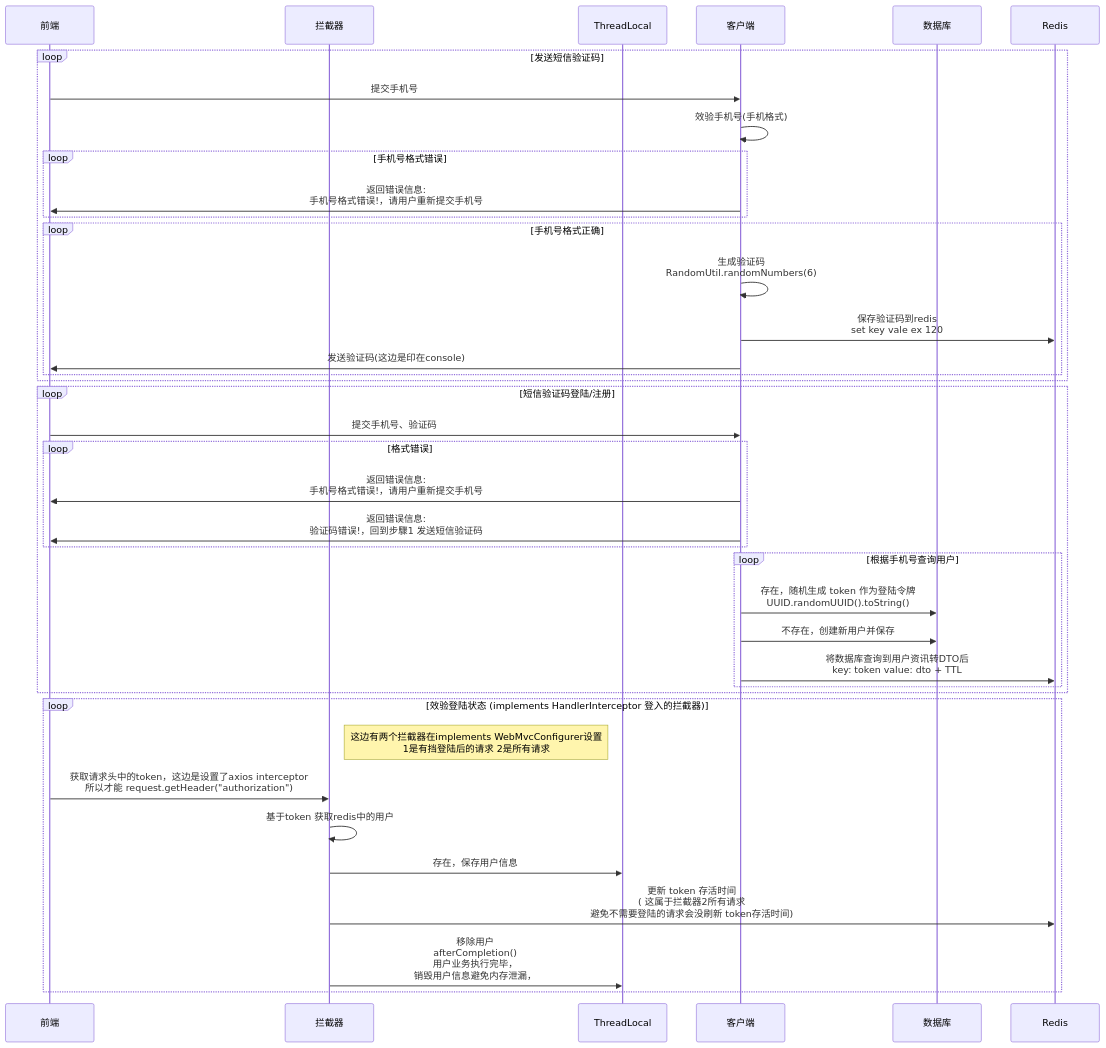
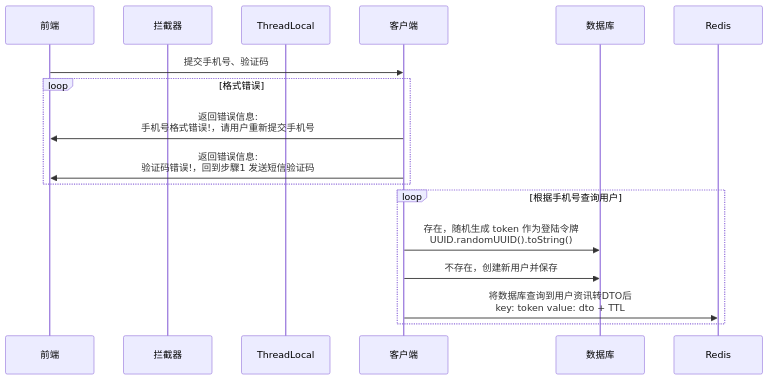
The second of 3 diagrams in README.md (feed981/e01), drawn with Mermaid before and after one commit. The commit also changed other lines of this file, not shown here.

````diff
--- a/README.md
+++ b/README.md
@@ -660,44 +683,20 @@
 ```mermaid
 sequenceDiagram
     participant 前端
     participant 拦截器
     participant ThreadLocal
     participant 客户端
     participant 数据库
     participant Redis
 
-    loop 发送短信验证码
-        前端->>客户端: 提交手机号
-        客户端->>客户端: 效验手机号(手机格式)
-        loop 手机号格式错误
-          客户端->>前端: 返回错误信息: <br>手机号格式错误!，请用户重新提交手机号
-        end
-        loop 手机号格式正确
-          客户端->>客户端: 生成验证码  <br>RandomUtil.randomNumbers(6)
-          客户端->>Redis: 保存验证码到redis <br>set key vale ex 120
-          客户端->>前端: 发送验证码(这边是印在console) 
-        end  
-    end
-
-    loop 短信验证码登陆/注册
       前端->>客户端: 提交手机号、验证码
       loop 格式错误
         客户端->>前端: 返回错误信息: <br>手机号格式错误!，请用户重新提交手机号
       客户端->>前端: 返回错误信息: <br>验证码错误!，回到步驟1 发送短信验证码
       end
       loop 根据手机号查询用户
         客户端->>数据库: 存在，随机生成 token 作为登陆令牌 <br>UUID.randomUUID().toString()
         客户端->>数据库: 不存在，创建新用户并保存
         客户端->>Redis: 将数据库查询到用户资讯转DTO后 <br>key: token value: dto + TTL
       end
-    end
-
-    loop 效验登陆状态 (implements HandlerInterceptor 登入的拦截器)
-    note right of 拦截器: 这边有两个拦截器在implements WebMvcConfigurer设置<br> 1是有挡登陆后的请求 2是所有请求
-      前端->>拦截器: 获取请求头中的token，这边是设置了axios interceptor <br>所以才能 request.getHeader("authorization");
-      拦截器->>拦截器: 基于token 获取redis中的用户
-      拦截器->>ThreadLocal: 存在，保存用户信息
-      拦截器->>Redis: 更新 token 存活时间 <br>( 这属于拦截器2所有请求 <br>避免不需要登陆的请求会没刷新 token存活时间)
-      拦截器->>ThreadLocal: 移除用户<br>afterCompletion() <br>用户业务执行完毕，<br>销毁用户信息避免内存泄漏，
-    end
 ```
````
